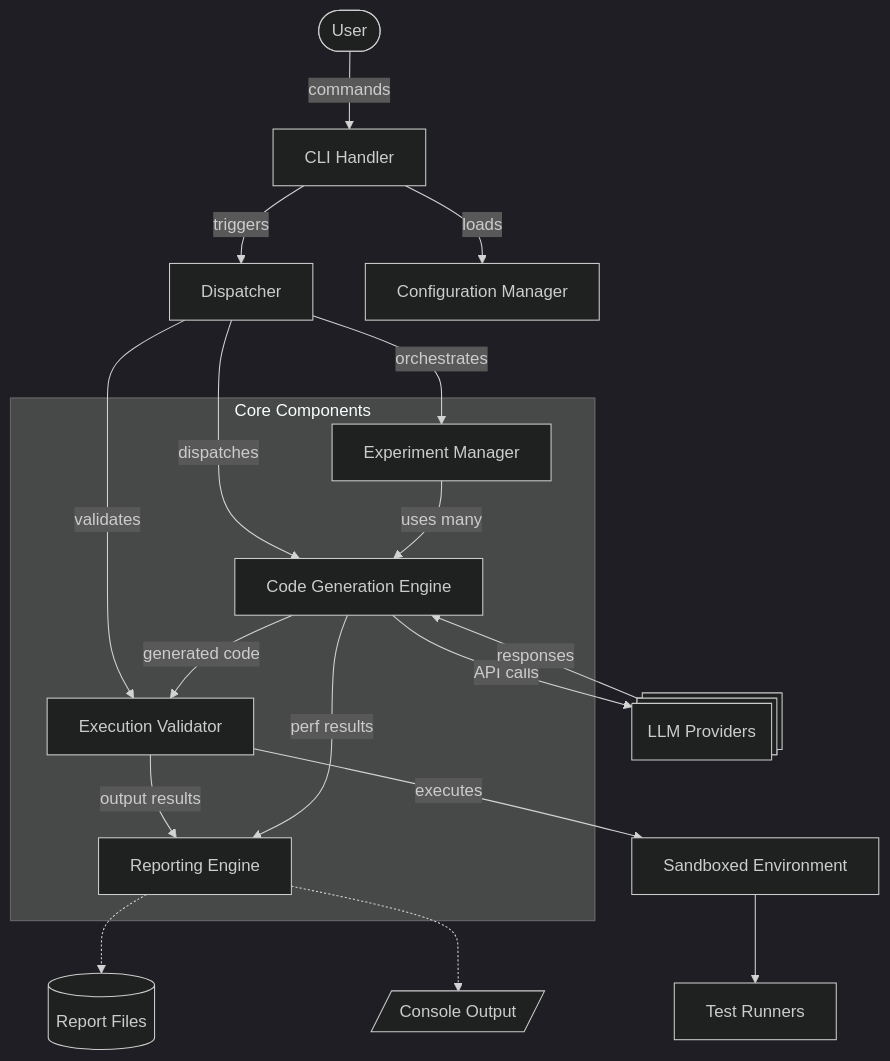
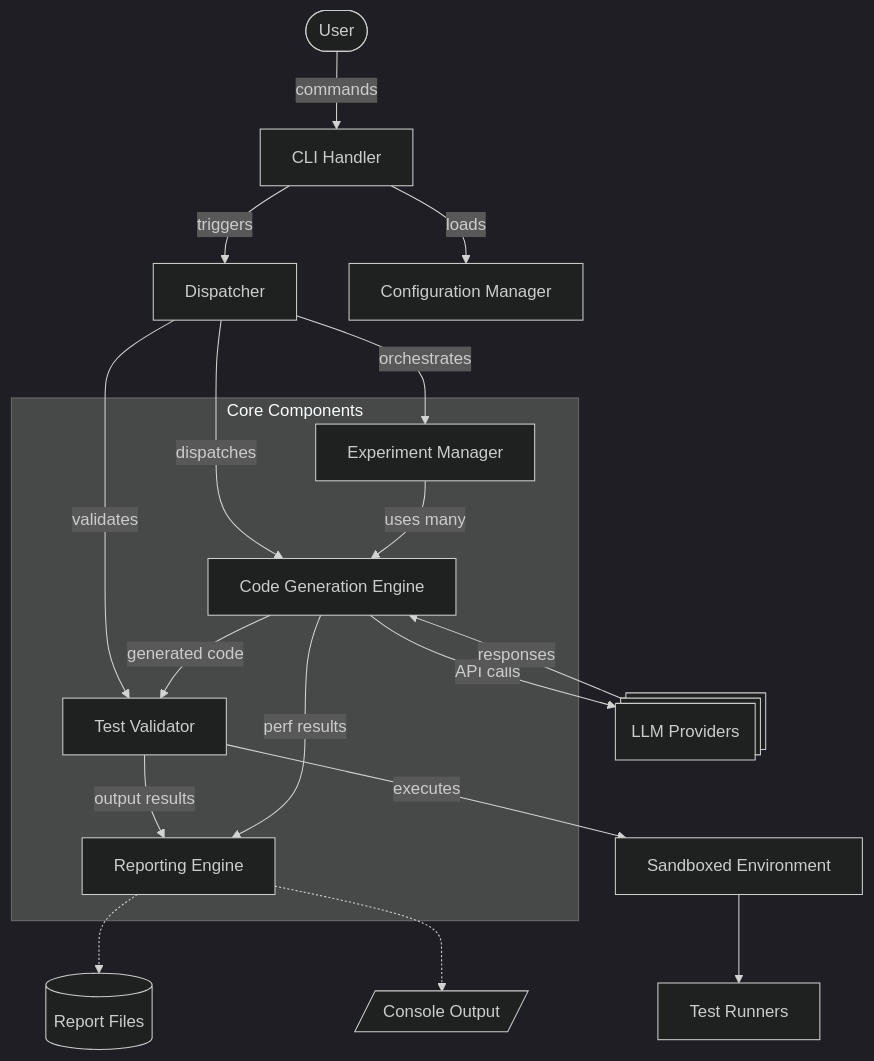
The first of 2 diagrams in docs/architecture.md (FilippoGurioli/test-2-code-llm), drawn with Mermaid (dark theme) before and after one commit. The commit also changed other lines of this file and 1 other file, not shown here.

Commit message:
docs: rename execution validator into test validator

````diff
--- a/docs/architecture.md
+++ b/docs/architecture.md
@@ -7,26 +7,26 @@
 ```mermaid
 flowchart TD
     User([User]) -->|commands| CLI[CLI Handler]
     CLI -->|triggers| Dispatcher[Dispatcher]
     CLI -->|loads| CM[Configuration Manager]
     subgraph CoreComponents[Core Components]
       EM
       EV
       CGE
       ARE
     end
     Dispatcher -->|orchestrates| EM[Experiment Manager]
     Dispatcher -->|dispatches| CGE[Code Generation Engine]
-    Dispatcher -->|validates| EV[Execution Validator]
+    Dispatcher -->|validates| EV[Test Validator]
     EV -->|output results| ARE
     EV -->|executes| Sandbox[Sandboxed Environment]
     CGE -->|perf results| ARE[Reporting Engine]
     EM -->|uses many| CGE
     Sandbox --> TestRunner[Test Runners]
     CGE -->|generated code| EV
     CGE -->|API calls| LLM@{ shape: procs, label: "LLM Providers"}
     LLM -->|responses| CGE
 
     ARE -.-> Reports[(Report Files)]
     ARE -.-> Console[/Console Output/]
 ```
````
